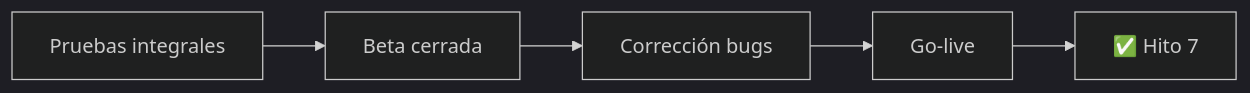
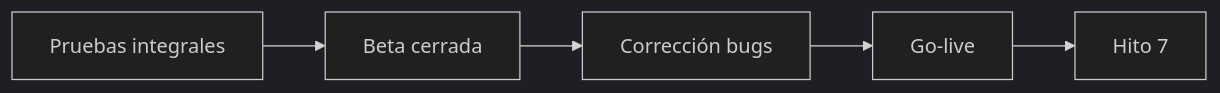
The seventh of 8 diagrams in whatsApp-learning/roadmap.md (erikaluciafuertes/Project-Proposals), drawn with Mermaid (dark theme) before and after one commit. The commit also changed other lines of this file, not shown here.

````diff
--- a/whatsApp-learning/roadmap.md
+++ b/whatsApp-learning/roadmap.md
@@ -332,7 +332,7 @@
 ```mermaid
 flowchart LR
     A[Pruebas integrales] --> B[Beta cerrada]
     B --> C[Corrección bugs]
     C --> D[Go-live]
-    D --> E["✅ Hito 7"]
+    D --> E[" Hito 7"]
 ```
````
